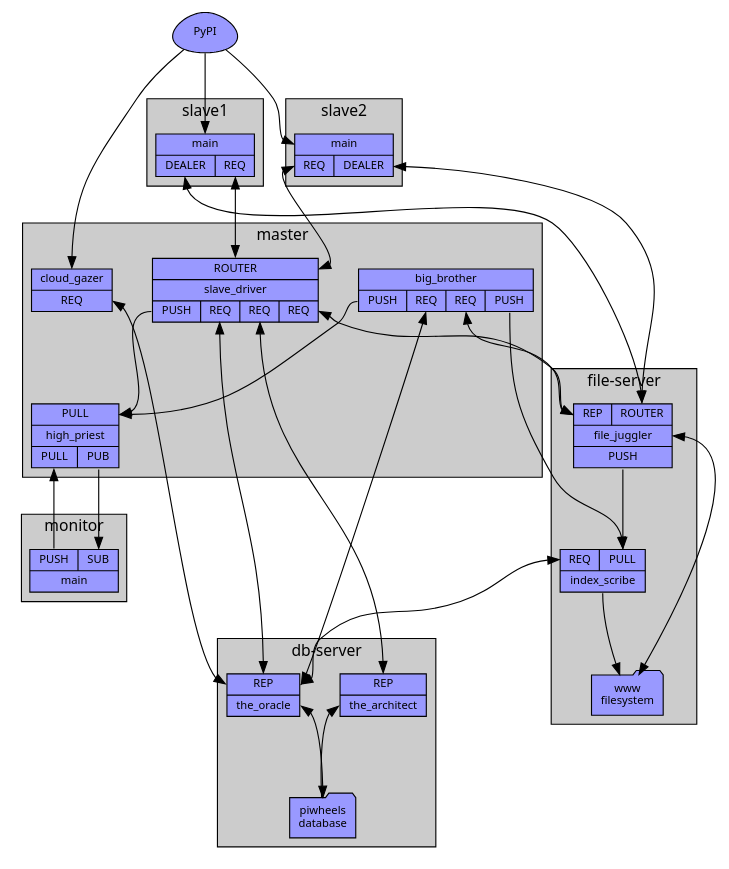
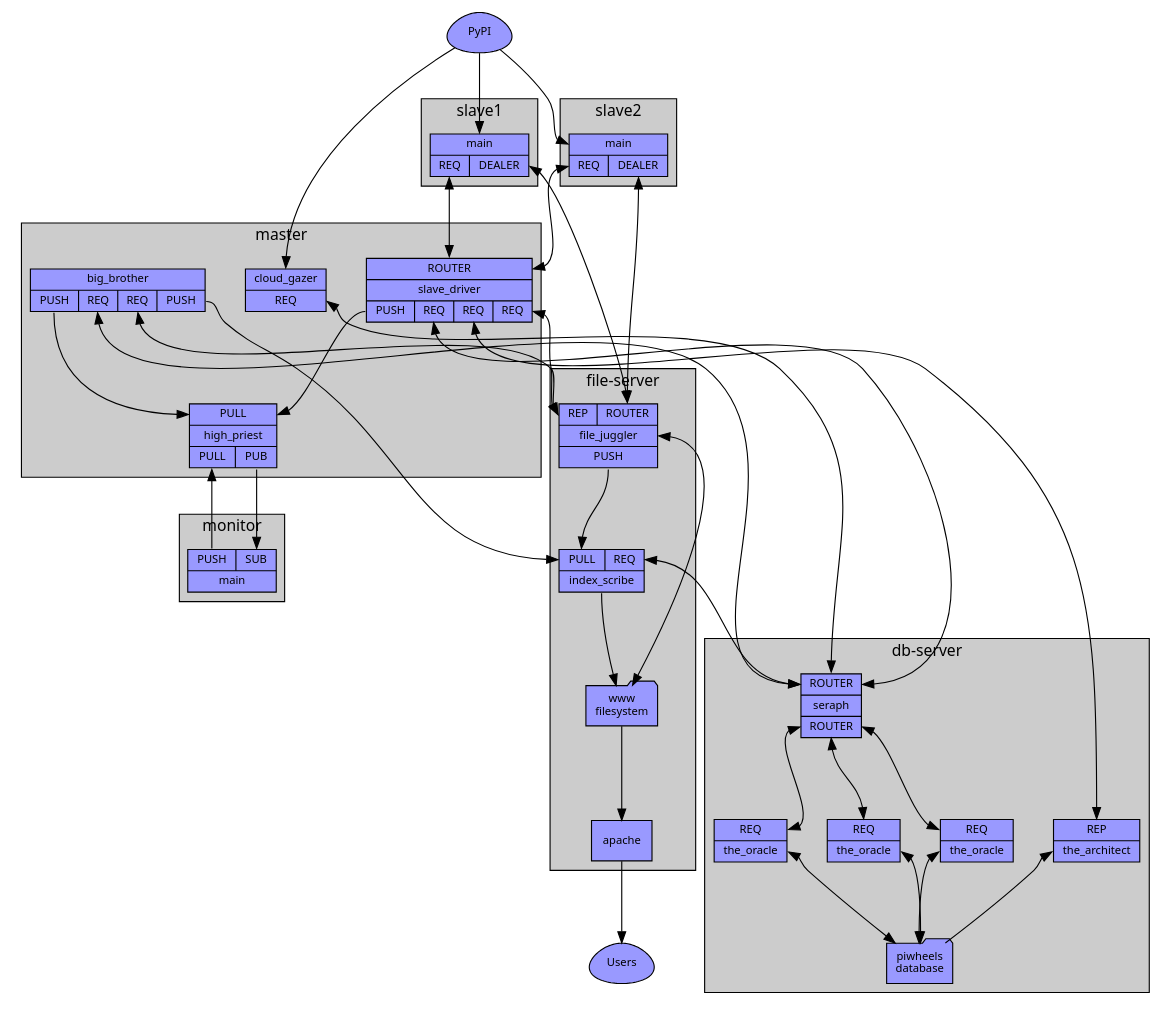
Before and after one commit to piwheels/piwheels: the diagram in docs/master_arch.dot, drawn with Graphviz. The commit also changed 4 other files, not shown here.

Commit message:
Add seraph router in front of multiple oracle instances

```diff
--- a/docs/master_arch.dot
+++ b/docs/master_arch.dot
@@ -1,76 +1,88 @@
 digraph piwheels {
     graph [nodesep=0.5, ranksep=1, style=filled, fontname=Sans, fontsize=14, fillcolor="#cccccc"];
     node [shape=record, fontname=Sans, fontsize=10, style=filled, fillcolor="#9999ff", penwidth=1];
     edge [fontname=Sans, fontsize=8];
 
     pypi [label="PyPI", shape=egg];
+    users [label="Users", shape=egg];
 
     subgraph cluster_db_server {
         graph [label="db-server"];
 
-        the_oracle [label="{<db>REP|<t>the_oracle}"];
+        the_oracle1 [label="{<seraph>REQ|<t>the_oracle}"];
+        the_oracle2 [label="{<seraph>REQ|<t>the_oracle}"];
+        the_oracle3 [label="{<seraph>REQ|<t>the_oracle}"];
         the_architect [label="{<builds>REP|<t>the_architect}"];
+        seraph [label="{<db>ROUTER|<t>seraph|<oracle>ROUTER}"];
         db [label="piwheels\ndatabase", shape=folder];
 
-        the_oracle:t->db [dir=both];
+        seraph:oracle->the_oracle1:seraph [dir=both];
+        seraph:oracle->the_oracle2:seraph [dir=both];
+        seraph:oracle->the_oracle3:seraph [dir=both];
+        the_oracle1:t->db [dir=both];
+        the_oracle2:t->db [dir=both];
+        the_oracle3:t->db [dir=both];
         the_architect:t->db [dir=back];
     }
 
     subgraph cluster_file_server {
         graph [label="file-server"];
 
         file_juggler [label="{{<fs>REP|<slaves>ROUTER}|<t>file_juggler|{<indexes>PUSH}}"];
-        index_scribe [label="{{<db>REQ|<indexes>PULL}|<t>index_scribe}"];
+        index_scribe [label="{{<indexes>PULL|<db>REQ}|<t>index_scribe}"];
         fs [label="www\nfilesystem", shape=folder];
+        apache;
 
         index_scribe:t->fs;
         file_juggler:t->fs [dir=both];
+        fs->apache;
     }
 
     subgraph cluster_master {
         graph [label="master"];
 
         cloud_gazer [label="{<t>cloud_gazer|<db>REQ}"];
         high_priest [label="{{<int_status>PULL}|high_priest|{<control>PULL|<ext_status>PUB}}"];
         big_brother [label="{<t>big_brother|{<int_status>PUSH|<db>REQ|<fs>REQ|<indexes>PUSH}}"];
         slave_driver [label="{{<slaves>ROUTER}|<t>slave_driver|{<int_status>PUSH|<db>REQ|<builds>REQ|<fs>REQ}}"];
 
         big_brother:int_status->high_priest:int_status;
         slave_driver:int_status->high_priest:int_status;
     }
 
     subgraph cluster_monitor {
         graph [label="monitor"];
         monitor [label="{{<control>PUSH|<status>SUB}|<t>main}"];
     }
 
     subgraph cluster_slave1 {
         graph [label="slave1"];
-        slave1 [label="{<t>main|{<files>DEALER|<builds>REQ}}"];
+        slave1 [label="{<t>main|{<builds>REQ|<files>DEALER}}"];
     }
 
     subgraph cluster_slave2 {
         graph [label="slave2"];
         slave2 [label="{<t>main|{<builds>REQ|<files>DEALER}}"];
     }
 
     pypi->cloud_gazer:t;
     pypi->slave1:t;
     pypi->slave2:t;
     slave1:builds->slave_driver:slaves [dir=both];
     slave2:builds->slave_driver:slaves [dir=both];
     slave1:files->file_juggler:slaves [dir=both];
     slave2:files->file_juggler:slaves [dir=both];
     high_priest:ext_status->monitor:status;
     monitor:control->high_priest:control;
 
-    cloud_gazer:db->the_oracle:db [dir=both];
+    cloud_gazer:db->seraph:db [dir=both];
     file_juggler:indexes->index_scribe:indexes;
     big_brother:indexes->index_scribe:indexes;
-    index_scribe:db->the_oracle:db [dir=both];
-    big_brother:db->the_oracle:db [dir=both];
+    index_scribe:db->seraph:db [dir=both];
+    big_brother:db->seraph:db [dir=both];
     big_brother:fs->file_juggler:fs [dir=both];
     slave_driver:fs->file_juggler:fs [dir=both];
-    slave_driver:db->the_oracle:db [dir=both];
+    slave_driver:db->seraph:db [dir=both];
     slave_driver:builds->the_architect:builds [dir=both];
+    apache->users;
 }
```
